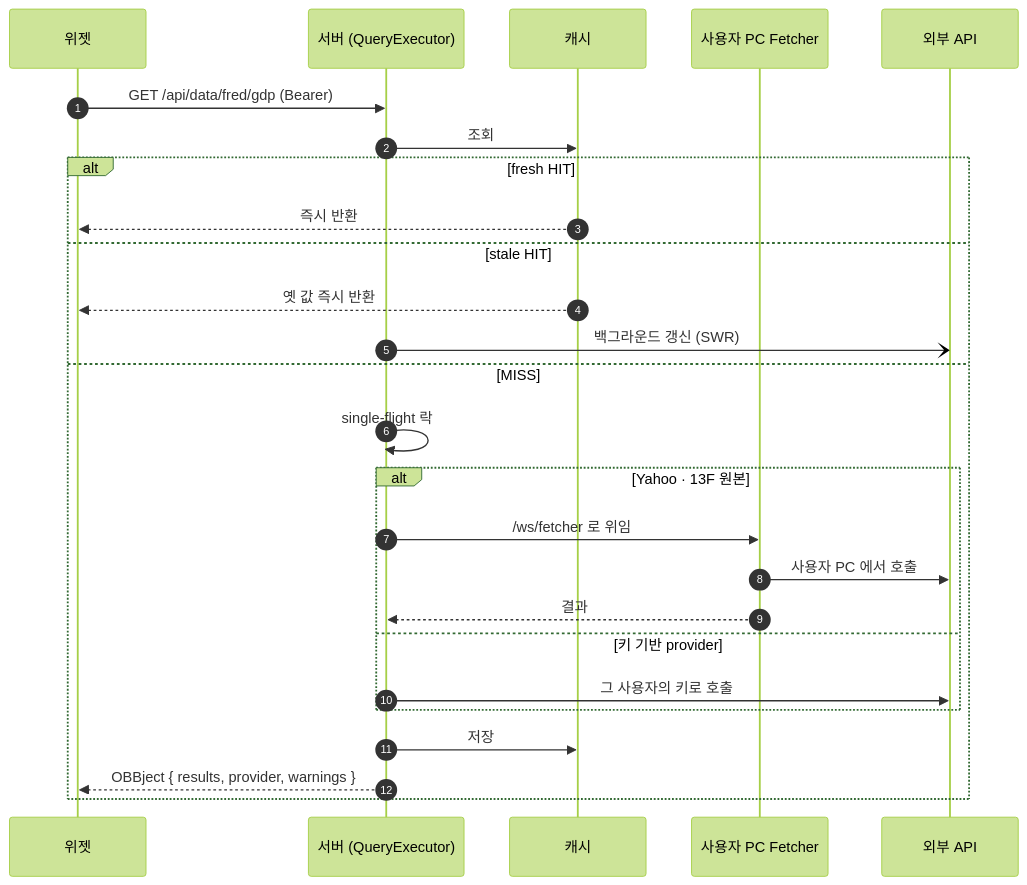
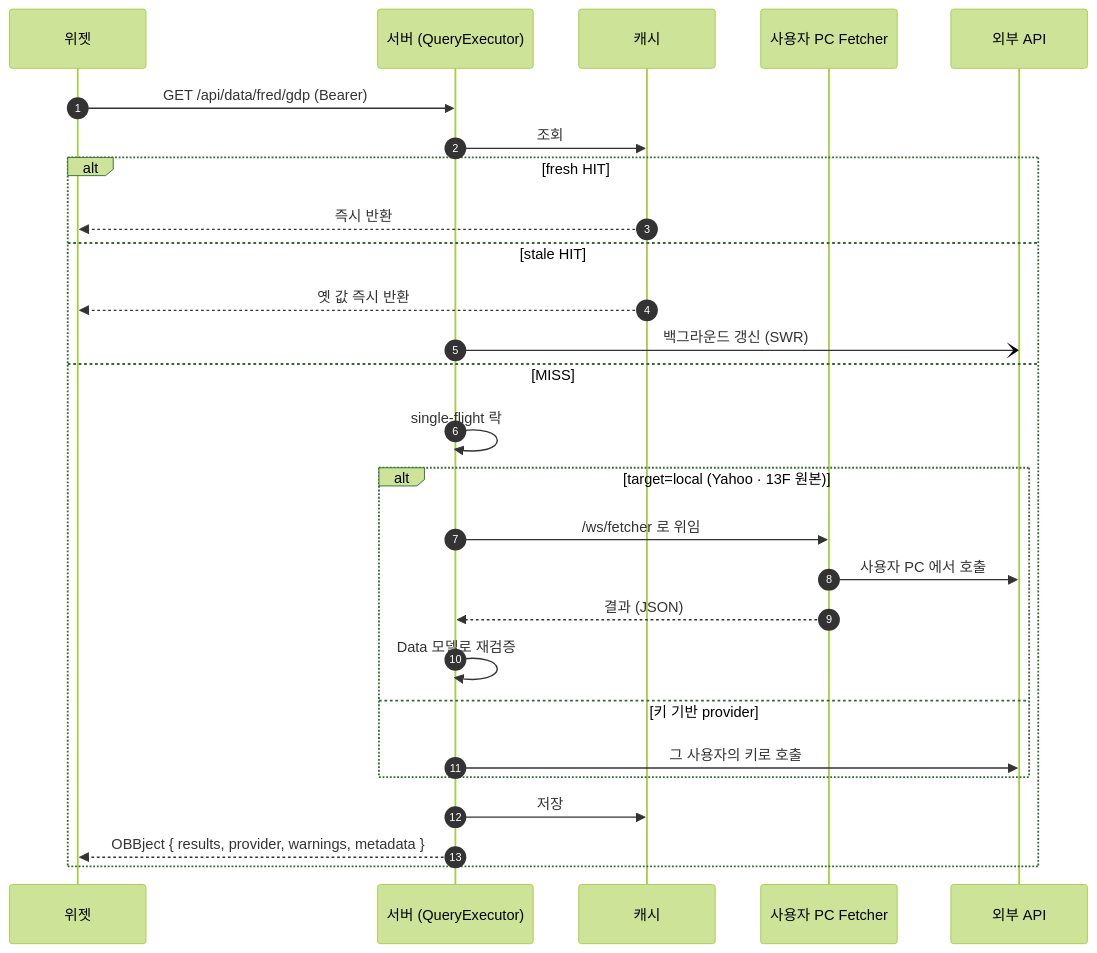
One commit to yup2dev/marketpulse changed the second of 2 diagrams in README.md. Above: the diagram before and after it, drawn with Mermaid (forest theme). The commit also changed other lines of this file and 1 other file, not shown here.

First line of the commit message:
docs(readme): 아키텍처 v10 반영 — target · hello/재검증 · 위젯 허용 · 오류 code · metadata

````diff
--- a/README.md
+++ b/README.md
@@ -127,29 +130,30 @@
 ```mermaid
 sequenceDiagram
     autonumber
     participant W as 위젯
     participant S as 서버 (QueryExecutor)
     participant C as 캐시
     participant F as 사용자 PC Fetcher
     participant X as 외부 API
 
     W->>S: GET /api/data/fred/gdp (Bearer)
     S->>C: 조회
     alt fresh HIT
         C-->>W: 즉시 반환
     else stale HIT
         C-->>W: 옛 값 즉시 반환
         S-)X: 백그라운드 갱신 (SWR)
     else MISS
         S->>S: single-flight 락
-        alt Yahoo · 13F 원본
+        alt target=local (Yahoo · 13F 원본)
             S->>F: /ws/fetcher 로 위임
             F->>X: 사용자 PC 에서 호출
-            F-->>S: 결과
+            F-->>S: 결과 (JSON)
+            S->>S: Data 모델로 재검증
         else 키 기반 provider
             S->>X: 그 사용자의 키로 호출
         end
         S->>C: 저장
-        S-->>W: OBBject { results, provider, warnings }
+        S-->>W: OBBject { results, provider, warnings, metadata }
     end
 ```
````
